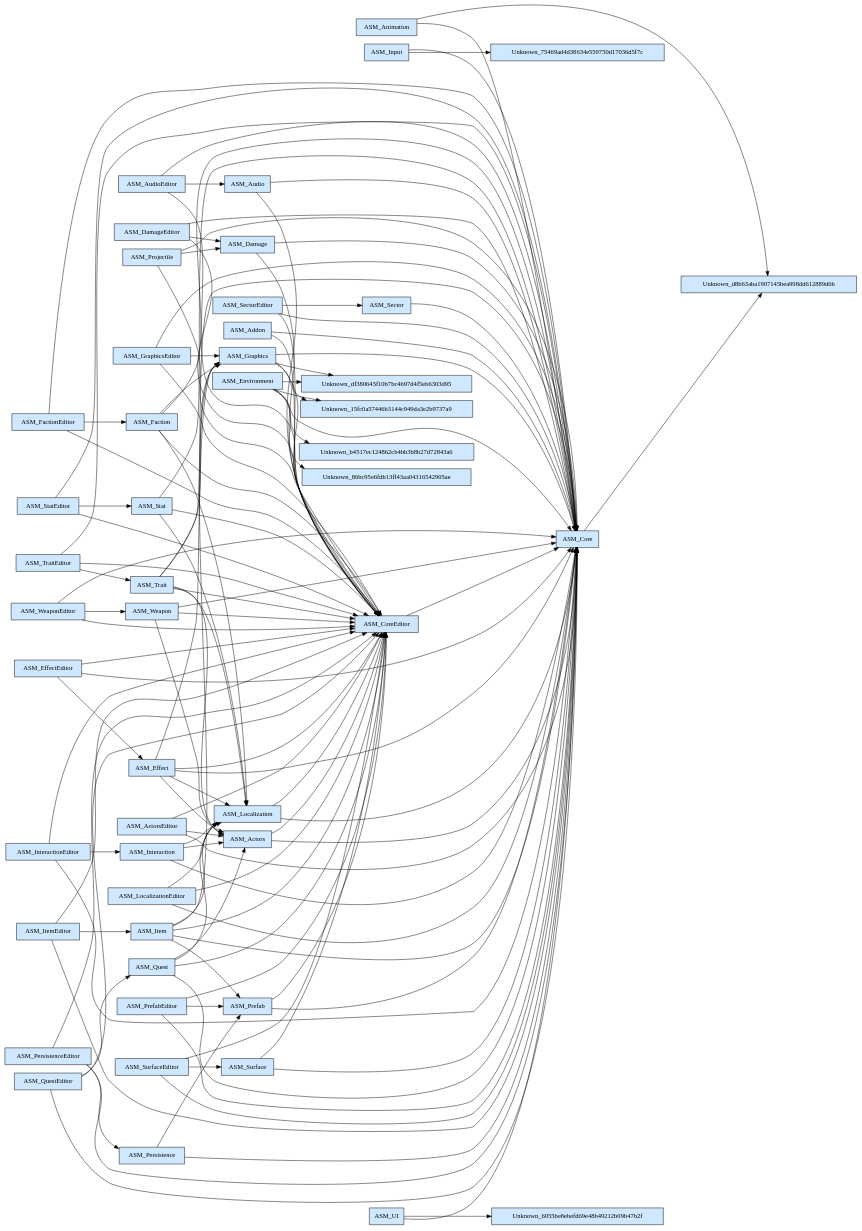
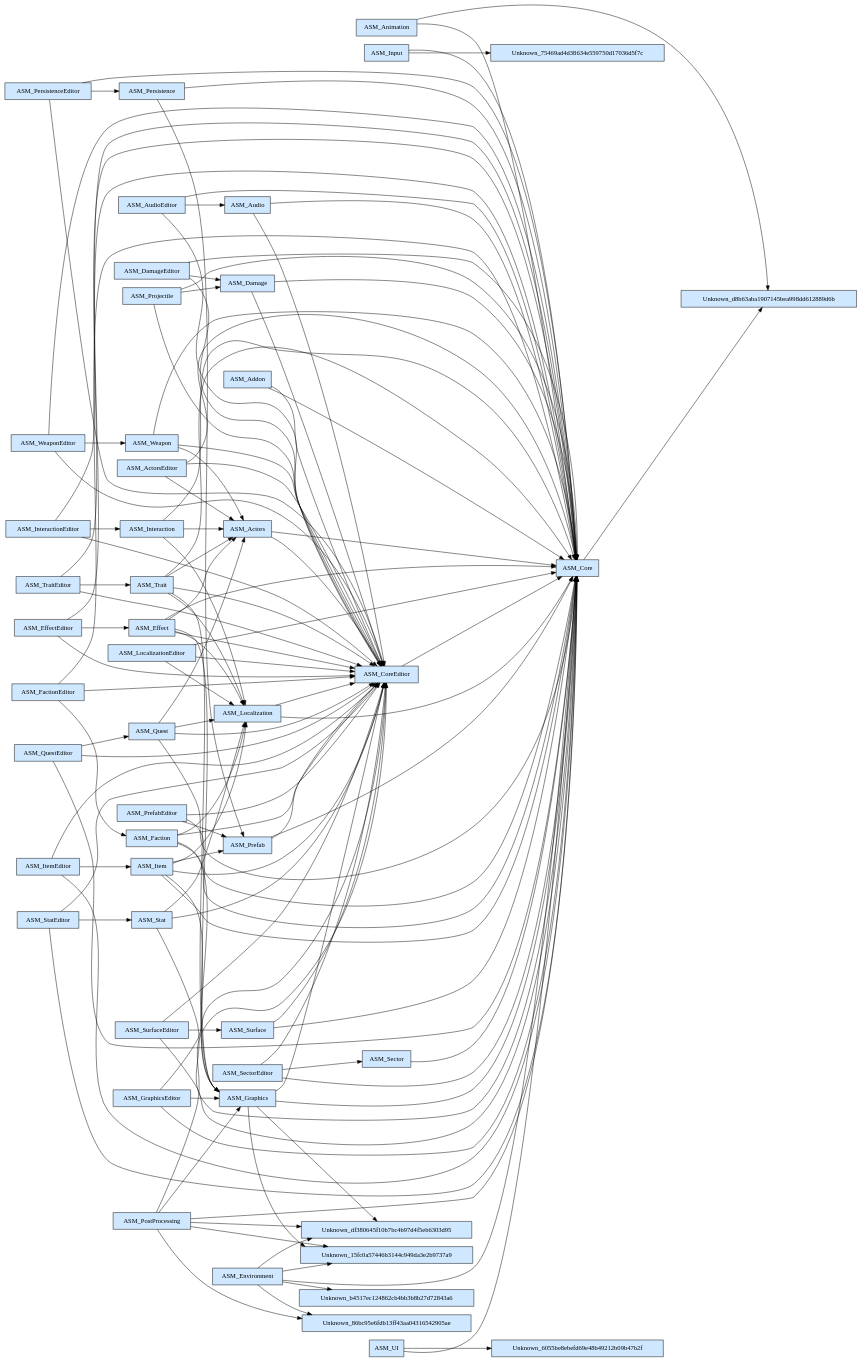
Before and after one commit to cnkblgn/com.cenkbilgin.core: the diagram in Docs~/AssemblyGraph.dot, drawn with Graphviz. The commit also changed 29 other files, not shown here.

```diff
--- a/Docs~/AssemblyGraph.dot
+++ b/Docs~/AssemblyGraph.dot
@@ -1,125 +1,131 @@
 digraph Assemblies
 {
   rankdir=LR;
   node [shape=box, style=filled, fillcolor="#cfe8ff"];
   "ASM_Actors" -> "ASM_Core";
   "ASM_Actors" -> "ASM_CoreEditor";
   "ASM_ActorsEditor" -> "ASM_Core";
   "ASM_ActorsEditor" -> "ASM_CoreEditor";
   "ASM_ActorsEditor" -> "ASM_Actors";
   "ASM_Addon" -> "ASM_Core";
   "ASM_Addon" -> "ASM_CoreEditor";
   "ASM_Animation" -> "Unknown_d8b63aba1907145bea998dd612889d6b";
   "ASM_Animation" -> "ASM_Core";
   "ASM_Audio" -> "ASM_Core";
   "ASM_Audio" -> "ASM_CoreEditor";
   "ASM_AudioEditor" -> "ASM_Core";
   "ASM_AudioEditor" -> "ASM_CoreEditor";
   "ASM_AudioEditor" -> "ASM_Audio";
   "ASM_Core" -> "Unknown_d8b63aba1907145bea998dd612889d6b";
   "ASM_CoreEditor" -> "ASM_Core";
   "ASM_Damage" -> "ASM_Core";
   "ASM_Damage" -> "ASM_CoreEditor";
   "ASM_DamageEditor" -> "ASM_Core";
   "ASM_DamageEditor" -> "ASM_CoreEditor";
   "ASM_DamageEditor" -> "ASM_Damage";
   "ASM_Effect" -> "ASM_Core";
   "ASM_Effect" -> "ASM_CoreEditor";
   "ASM_Effect" -> "ASM_Graphics";
   "ASM_Effect" -> "ASM_Localization";
   "ASM_Effect" -> "ASM_Actors";
   "ASM_EffectEditor" -> "ASM_Core";
   "ASM_EffectEditor" -> "ASM_CoreEditor";
   "ASM_EffectEditor" -> "ASM_Effect";
   "ASM_Environment" -> "ASM_Core";
   "ASM_Environment" -> "Unknown_df380645f10b7bc4b97d4f5eb6303d95";
   "ASM_Environment" -> "Unknown_15fc0a57446b3144c949da3e2b9737a9";
   "ASM_Environment" -> "Unknown_b4517ec124862cb4bb3b8b27d72843a6";
   "ASM_Environment" -> "Unknown_86bc95e6fdb13ff43aa04316542905ae";
   "ASM_Faction" -> "ASM_Core";
   "ASM_Faction" -> "ASM_CoreEditor";
   "ASM_Faction" -> "ASM_Localization";
   "ASM_Faction" -> "ASM_Graphics";
   "ASM_FactionEditor" -> "ASM_Core";
   "ASM_FactionEditor" -> "ASM_CoreEditor";
   "ASM_FactionEditor" -> "ASM_Faction";
   "ASM_Graphics" -> "Unknown_15fc0a57446b3144c949da3e2b9737a9";
   "ASM_Graphics" -> "Unknown_df380645f10b7bc4b97d4f5eb6303d95";
   "ASM_Graphics" -> "ASM_Core";
   "ASM_Graphics" -> "ASM_CoreEditor";
   "ASM_GraphicsEditor" -> "ASM_Core";
   "ASM_GraphicsEditor" -> "ASM_CoreEditor";
   "ASM_GraphicsEditor" -> "ASM_Graphics";
   "ASM_Input" -> "Unknown_75469ad4d38634e559750d17036d5f7c";
   "ASM_Input" -> "ASM_Core";
   "ASM_Interaction" -> "ASM_Core";
   "ASM_Interaction" -> "ASM_Actors";
   "ASM_Interaction" -> "ASM_Localization";
   "ASM_InteractionEditor" -> "ASM_Core";
   "ASM_InteractionEditor" -> "ASM_CoreEditor";
   "ASM_InteractionEditor" -> "ASM_Interaction";
   "ASM_Item" -> "ASM_Core";
   "ASM_Item" -> "ASM_CoreEditor";
   "ASM_Item" -> "ASM_Prefab";
   "ASM_Item" -> "ASM_Localization";
   "ASM_Item" -> "ASM_Graphics";
   "ASM_ItemEditor" -> "ASM_Core";
   "ASM_ItemEditor" -> "ASM_CoreEditor";
   "ASM_ItemEditor" -> "ASM_Item";
   "ASM_Localization" -> "ASM_Core";
   "ASM_Localization" -> "ASM_CoreEditor";
   "ASM_LocalizationEditor" -> "ASM_Core";
   "ASM_LocalizationEditor" -> "ASM_CoreEditor";
   "ASM_LocalizationEditor" -> "ASM_Localization";
   "ASM_Persistence" -> "ASM_Core";
   "ASM_Persistence" -> "ASM_Prefab";
   "ASM_PersistenceEditor" -> "ASM_Core";
   "ASM_PersistenceEditor" -> "ASM_CoreEditor";
   "ASM_PersistenceEditor" -> "ASM_Persistence";
+  "ASM_PostProcessing" -> "ASM_Core";
+  "ASM_PostProcessing" -> "ASM_CoreEditor";
+  "ASM_PostProcessing" -> "ASM_Graphics";
+  "ASM_PostProcessing" -> "Unknown_df380645f10b7bc4b97d4f5eb6303d95";
+  "ASM_PostProcessing" -> "Unknown_15fc0a57446b3144c949da3e2b9737a9";
+  "ASM_PostProcessing" -> "Unknown_86bc95e6fdb13ff43aa04316542905ae";
   "ASM_Prefab" -> "ASM_Core";
   "ASM_Prefab" -> "ASM_CoreEditor";
   "ASM_PrefabEditor" -> "ASM_Core";
   "ASM_PrefabEditor" -> "ASM_CoreEditor";
   "ASM_PrefabEditor" -> "ASM_Prefab";
   "ASM_Projectile" -> "ASM_Core";
   "ASM_Projectile" -> "ASM_CoreEditor";
   "ASM_Projectile" -> "ASM_Damage";
   "ASM_Quest" -> "ASM_Core";
   "ASM_Quest" -> "ASM_CoreEditor";
   "ASM_Quest" -> "ASM_Localization";
   "ASM_Quest" -> "ASM_Actors";
   "ASM_QuestEditor" -> "ASM_Core";
   "ASM_QuestEditor" -> "ASM_CoreEditor";
   "ASM_QuestEditor" -> "ASM_Quest";
   "ASM_Sector" -> "ASM_Core";
   "ASM_SectorEditor" -> "ASM_Core";
   "ASM_SectorEditor" -> "ASM_CoreEditor";
   "ASM_SectorEditor" -> "ASM_Sector";
   "ASM_Stat" -> "ASM_Core";
   "ASM_Stat" -> "ASM_CoreEditor";
   "ASM_Stat" -> "ASM_Localization";
   "ASM_StatEditor" -> "ASM_Core";
   "ASM_StatEditor" -> "ASM_CoreEditor";
   "ASM_StatEditor" -> "ASM_Stat";
   "ASM_Surface" -> "ASM_Core";
   "ASM_Surface" -> "ASM_CoreEditor";
   "ASM_SurfaceEditor" -> "ASM_Core";
   "ASM_SurfaceEditor" -> "ASM_CoreEditor";
   "ASM_SurfaceEditor" -> "ASM_Surface";
   "ASM_Trait" -> "ASM_Core";
   "ASM_Trait" -> "ASM_CoreEditor";
   "ASM_Trait" -> "ASM_Actors";
   "ASM_Trait" -> "ASM_Localization";
   "ASM_Trait" -> "ASM_Graphics";
   "ASM_TraitEditor" -> "ASM_Core";
   "ASM_TraitEditor" -> "ASM_CoreEditor";
   "ASM_TraitEditor" -> "ASM_Trait";
   "ASM_UI" -> "Unknown_6055be8ebefd69e48b49212b09b47b2f";
   "ASM_UI" -> "ASM_Core";
   "ASM_Weapon" -> "ASM_Core";
   "ASM_Weapon" -> "ASM_CoreEditor";
   "ASM_Weapon" -> "ASM_Actors";
   "ASM_WeaponEditor" -> "ASM_Core";
   "ASM_WeaponEditor" -> "ASM_CoreEditor";
   "ASM_WeaponEditor" -> "ASM_Weapon";
 }
```
